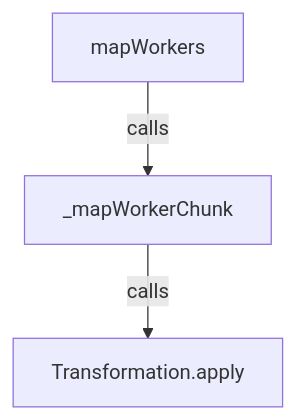
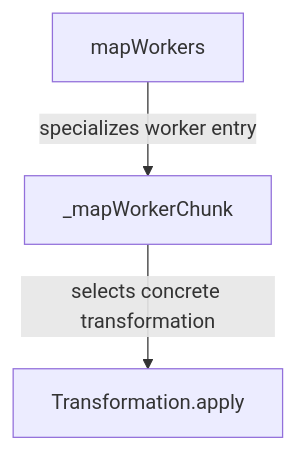
Before and after one commit to GreenPandaStudios/augscript: the second of 4 diagrams in src/stdlib/collections/workers.aug.diagrams.md, drawn with Mermaid. The commit also changed other lines of this file and 2 other files, not shown here.

Commit message:
Clarify specialized worker relationships and distinct service receivers

````diff
--- a/src/stdlib/collections/workers.aug.diagrams.md
+++ b/src/stdlib/collections/workers.aug.diagrams.md
@@ -19,8 +19,8 @@
 ```mermaid
 flowchart TD
     n0["Transformation.apply"]
     n1["_mapWorkerChunk"]
     n2["mapWorkers"]
-    n1 -->|"calls"| n0
-    n2 -->|"calls"| n1
+    n1 -->|"selects concrete transformation"| n0
+    n2 -->|"specializes worker entry"| n1
 ```
````
